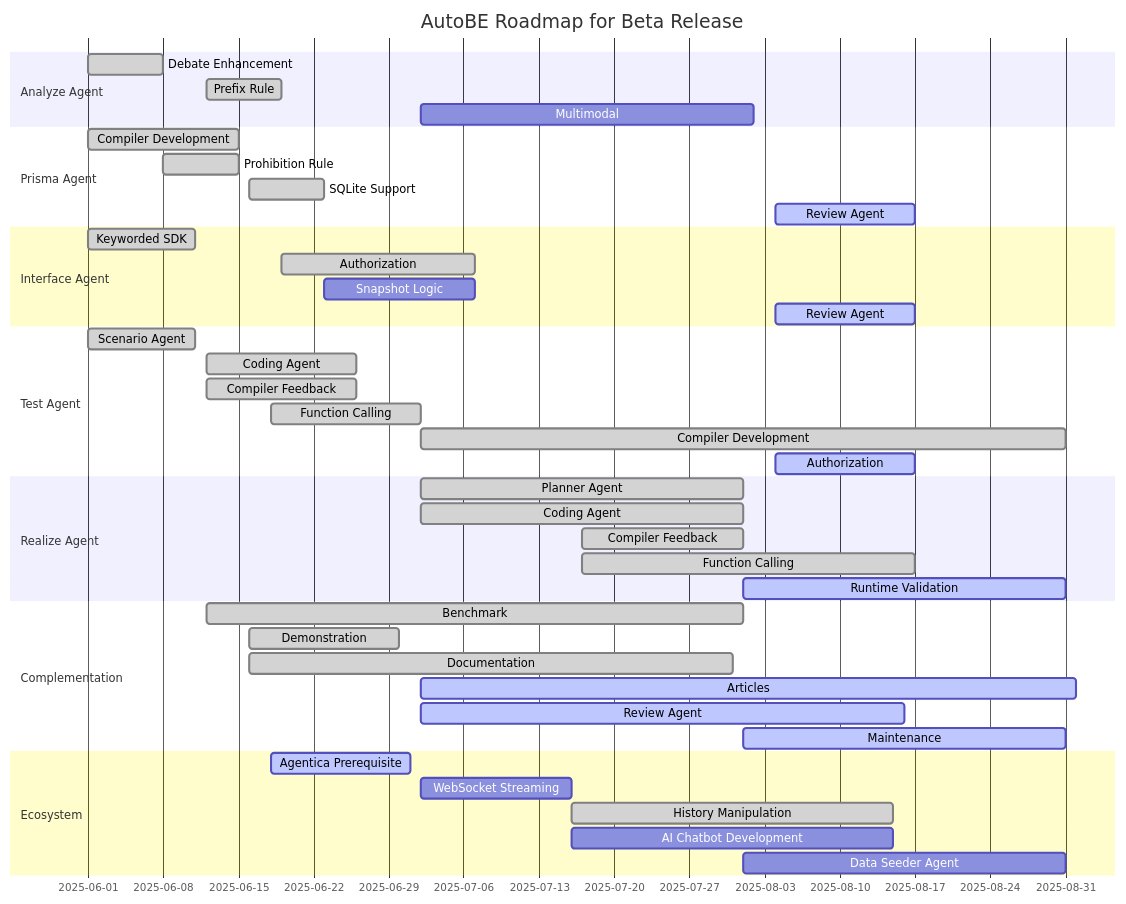
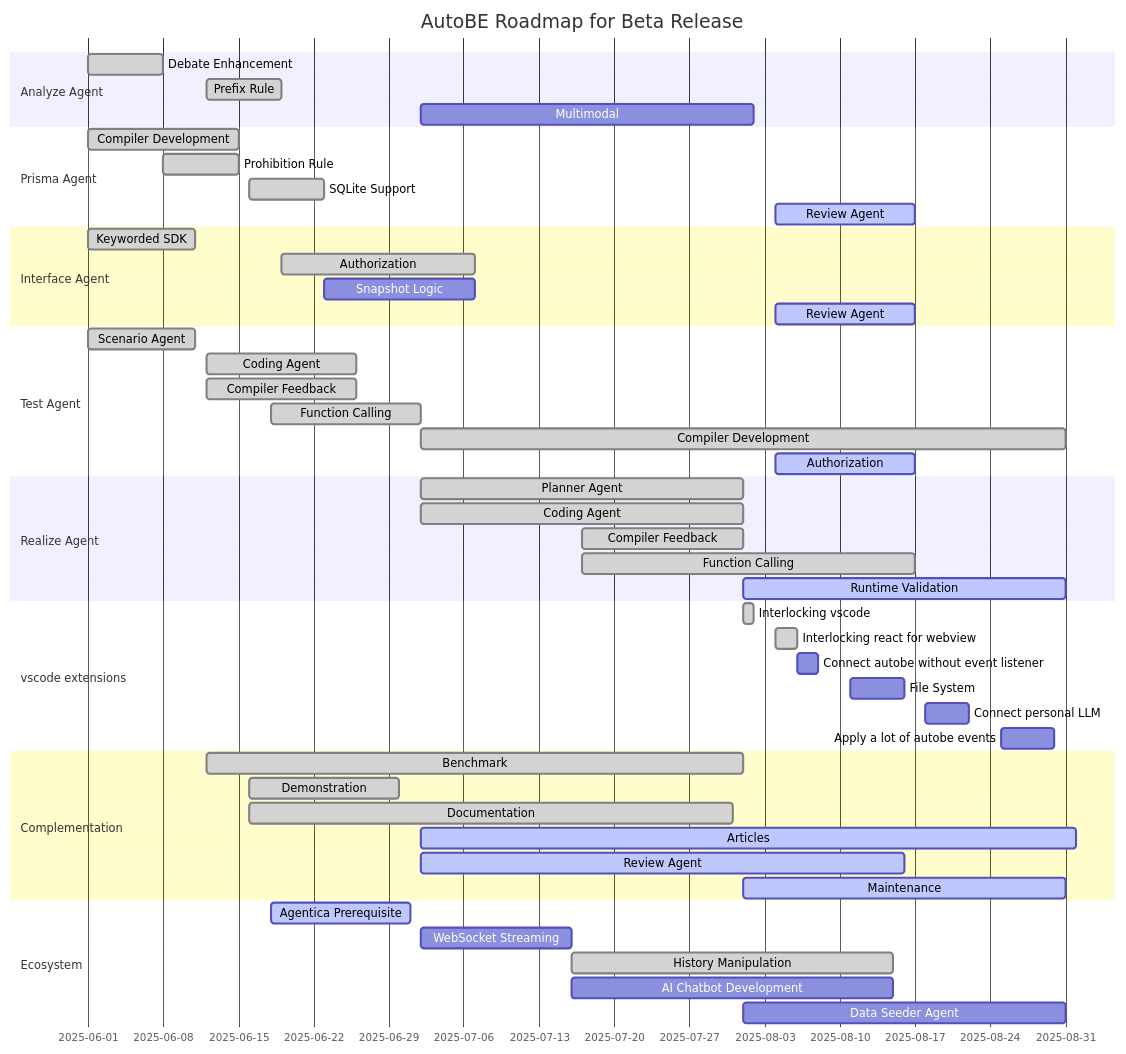
One commit to RavenView-ai/autobe changed the second of 2 diagrams in README.md. Above: the diagram before and after it, drawn with Mermaid.

Commit message:
docs(README): add vscode extensions section with planned features

````diff
--- a/README.md
+++ b/README.md
@@ -181,52 +181,60 @@
 ```mermaid
 gantt
   dateFormat YYYY-MM-DD
   title AutoBE Roadmap for Beta Release
 
   section Analyze Agent
   Debate Enhancement: done,    2025-06-01,  7d
   Prefix Rule:        done,    2025-06-12,  7d
   Multimodal:         planned, 2025-07-02, 31d
 
   section Prisma Agent
   Compiler Development: done, 2025-06-01, 14d
   Prohibition Rule:     done, 2025-06-08,  7d
   SQLite Support:       done, 2025-06-16,  7d
   Review Agent:       active, 2025-08-04, 13d
 
   section Interface Agent
   Keyworded SDK:     done, 2025-06-01, 10d
   Authorization:     done, 2025-06-19, 18d
   Snapshot Logic: planned, 2025-06-23, 14d
   Review Agent:    active, 2025-08-04, 13d
 
   section Test Agent
   Scenario Agent:       done, 2025-06-01, 10d        
   Coding Agent:         done, 2025-06-12, 14d
   Compiler Feedback:    done, 2025-06-12, 14d
   Function Calling:     done, 2025-06-18, 14d
   Compiler Development: done, 2025-07-02, 60d
   Authorization:      active, 2025-08-04, 13d
 
   section Realize Agent
   Planner Agent:        done, 2025-07-02, 30d
   Coding Agent:         done, 2025-07-02, 30d
   Compiler Feedback:    done, 2025-07-17, 15d
   Function Calling:     done, 2025-07-17, 31d
   Runtime Validation: active, 2025-08-01, 30d
 
+  section vscode extensions
+  Interlocking vscode:                      done, 2025-08-01, 1d
+  Interlocking react for webview:           done, 2025-08-04, 2d
+  Connect autobe without event listener: planned, 2025-08-06, 2d
+  File System:                           planned, 2025-08-11, 5d
+  Connect personal LLM:                  planned, 2025-08-18, 4d
+  Apply a lot of autobe events:          planned, 2025-08-25, 5d 
+
   section Complementation
   Benchmark:     done,   2025-06-12, 50d
   Demonstration: done,   2025-06-16, 14d
   Documentation: done,   2025-06-16, 45d
   Articles:      active, 2025-07-02, 61d
   Review Agent:  active, 2025-07-02, 45d
   Maintenance:   active, 2025-08-01, 30d
 
   section Ecosystem
   Agentica Prerequisite:  active,  2025-06-18, 13d
   WebSocket Streaming:    planned, 2025-07-02, 14d
   History Manipulation:   done,    2025-07-16, 30d
   AI Chatbot Development: planned, 2025-07-16, 30d
   Data Seeder Agent:      planned, 2025-08-01, 30d
 ```
````
